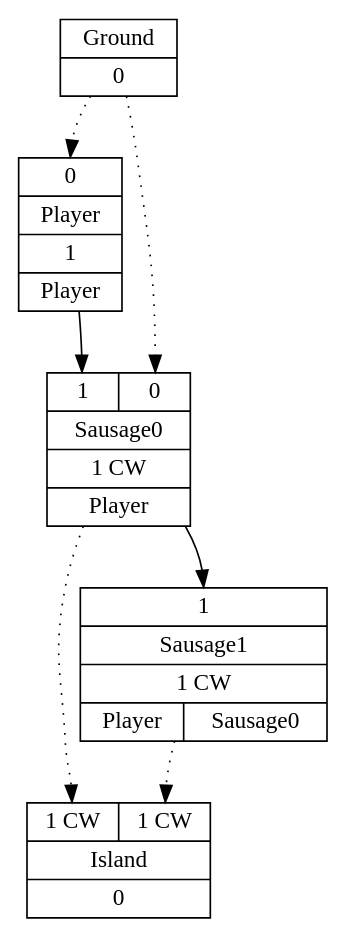
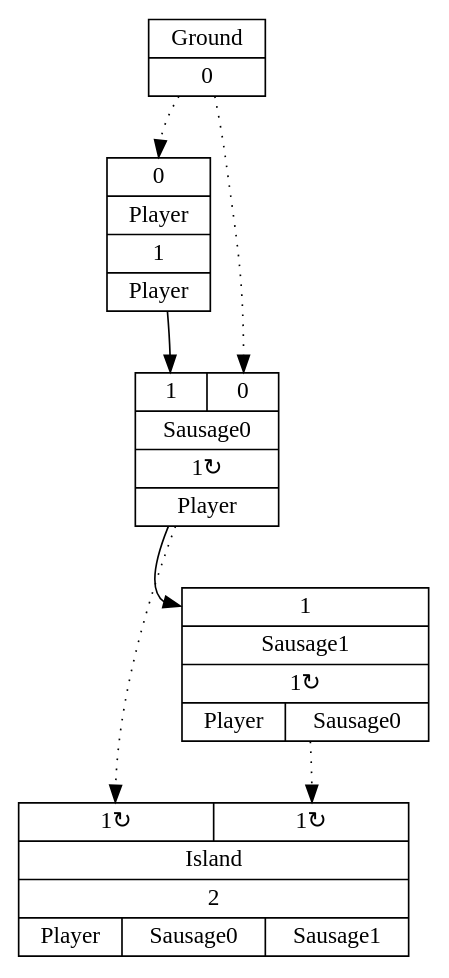
One commit to increpare/AbstractPropagationSim changed the diagram in mid/16/graph_4.gv. Above: the diagram before and after it, drawn with Graphviz. The commit also changed 106 other files, not shown here.

```diff
--- a/mid/16/graph_4.gv
+++ b/mid/16/graph_4.gv
@@ -1,14 +1,14 @@
 digraph G {
 node [shape=record];
 Player[ label ="{{<GroundP>0}|{Player}|<PlayerOUT>1|{Player}}"];
 Ground[ label ="{{Ground}|<GroundOUT>0}"];
-Sausage0[ label ="{{<Player>1|<GroundP>0}|{Sausage0}|<Sausage0OUT>1 CW|{Player}}"];
-Island[ label ="{{<Sausage0P>1 CW|<Sausage1P>1 CW}|{Island}|<IslandOUT>0}"];
-Sausage1[ label ="{{<Sausage0>1}|{Sausage1}|<Sausage1OUT>1 CW|{Player|Sausage0}}"];
+Sausage0[ label ="{{<Player>1|<GroundP>0}|{Sausage0}|<Sausage0OUT>1&#8635;|{Player}}"];
+Island[ label ="{{<Sausage0P>1&#8635;|<Sausage1P>1&#8635;}|{Island}|<IslandOUT>2|{Player|Sausage0|Sausage1}}"];
+Sausage1[ label ="{{<Sausage0>1}|{Sausage1}|<Sausage1OUT>1&#8635;|{Player|Sausage0}}"];
 	"Ground" -> "Player":GroundP [style=dotted];
 	"Player" -> "Sausage0":Player;
 	"Ground" -> "Sausage0":GroundP [style=dotted];
 	"Sausage0" -> "Island":Sausage0P [style=dotted];
 	"Sausage0" -> "Sausage1":Sausage0;
 	"Sausage1" -> "Island":Sausage1P [style=dotted];
 }
```
